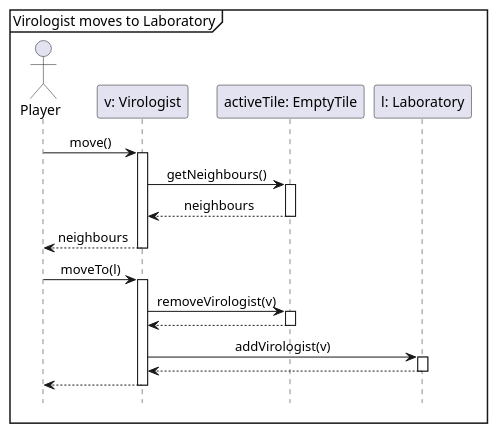
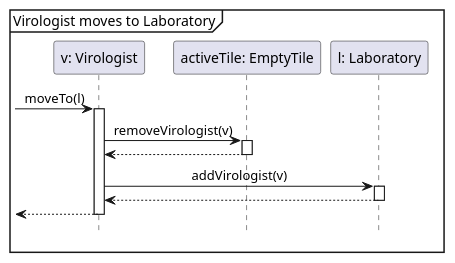
Before and after one commit to Tschonti/503-service-unavailable: the diagram in docs/testCases/sequences/moveToLaboratory.puml, drawn with PlantUML. The commit also changed 3 other files, not shown here.

Commit message:
sequence diagram fixes

```diff
--- a/docs/testCases/sequences/moveToLaboratory.puml
+++ b/docs/testCases/sequences/moveToLaboratory.puml
@@ -1,24 +1,18 @@
 @startuml
 'https://plantuml.com/sequence-diagram
 hide footbox
 skinparam sequenceMessageAlign center
 
 mainframe Virologist moves to Laboratory
 
-actor Player as p
 participant "v: Virologist" as v
 participant "activeTile: EmptyTile" as t1
 participant "l: Laboratory" as l
 
-p -> v++ : move()
-    v -> t1 ++ : getNeighbours()
-    return neighbours
-return neighbours
-
-p -> v ++: moveTo(l)
+-> v ++: moveTo(l)
     v -> t1 ++ : removeVirologist(v)
     return
     v -> l ++ : addVirologist(v)
     return
 return
 @enduml
```
